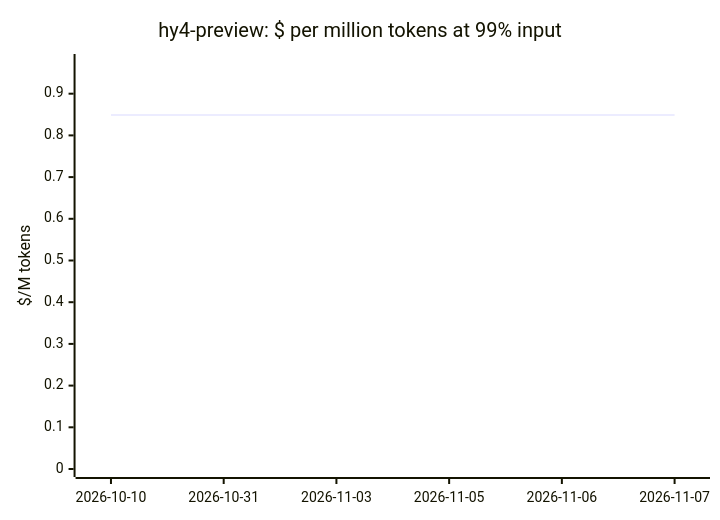
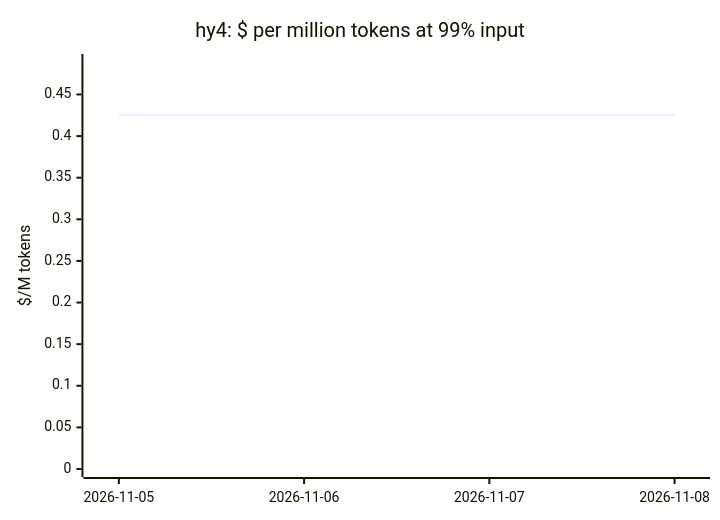
One commit to cklukas/OMEGA_TRANSFORM changed diagram 16 of 20 in docs/openrouter-models.md. Above: the diagram before and after it, drawn with Mermaid. The commit also changed other lines of this file and 47 other files, not shown here.

````diff
--- a/docs/openrouter-models.md
+++ b/docs/openrouter-models.md
@@ -275,7 +278,7 @@
 ```mermaid
 xychart-beta
-    title "hy4-preview: $ per million tokens at 99% input"
-    x-axis ["2026-10-10", "2026-10-31", "2026-11-03", "2026-11-05", "2026-11-06", "2026-11-07"]
-    y-axis "$/M tokens" 0 --> 0.976
-    line [0.8491, 0.8491, 0.8491, 0.8491, 0.8491, 0.8491]
+    title "hy4: $ per million tokens at 99% input"
+    x-axis ["2026-11-05", "2026-11-06", "2026-11-07", "2026-11-08"]
+    y-axis "$/M tokens" 0 --> 0.489
+    line [0.4254, 0.4254, 0.4254, 0.4254]
 ```
````
